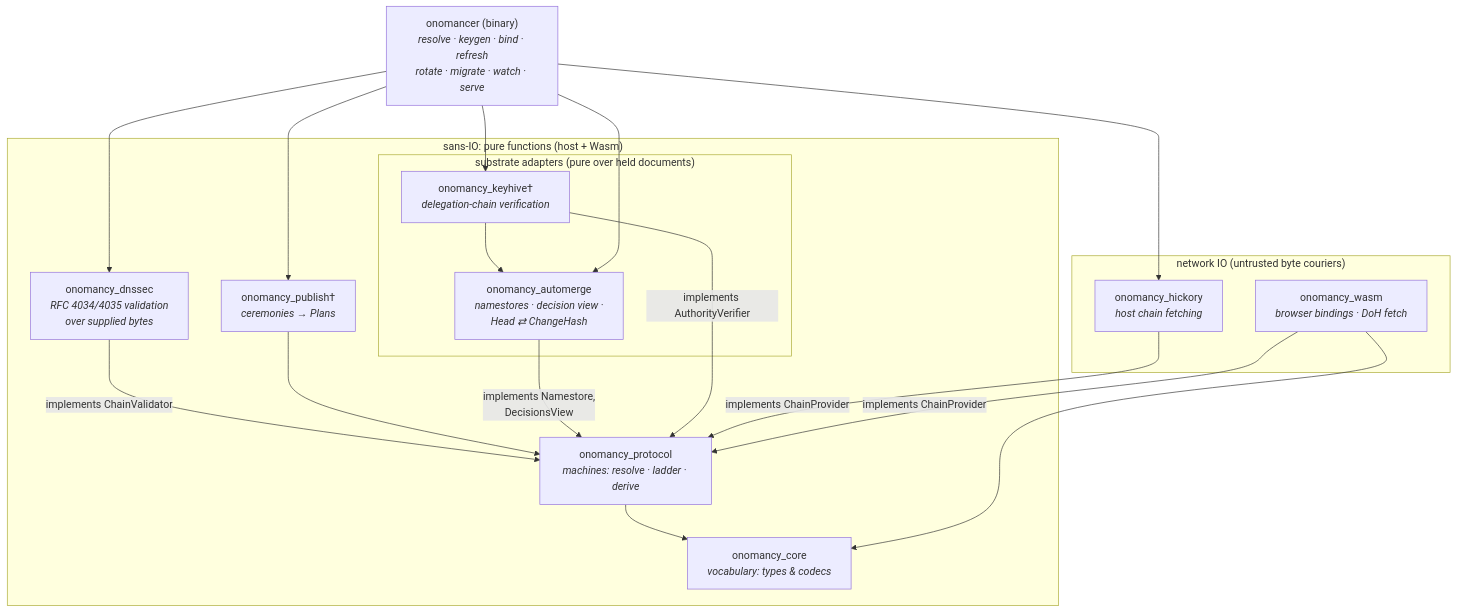
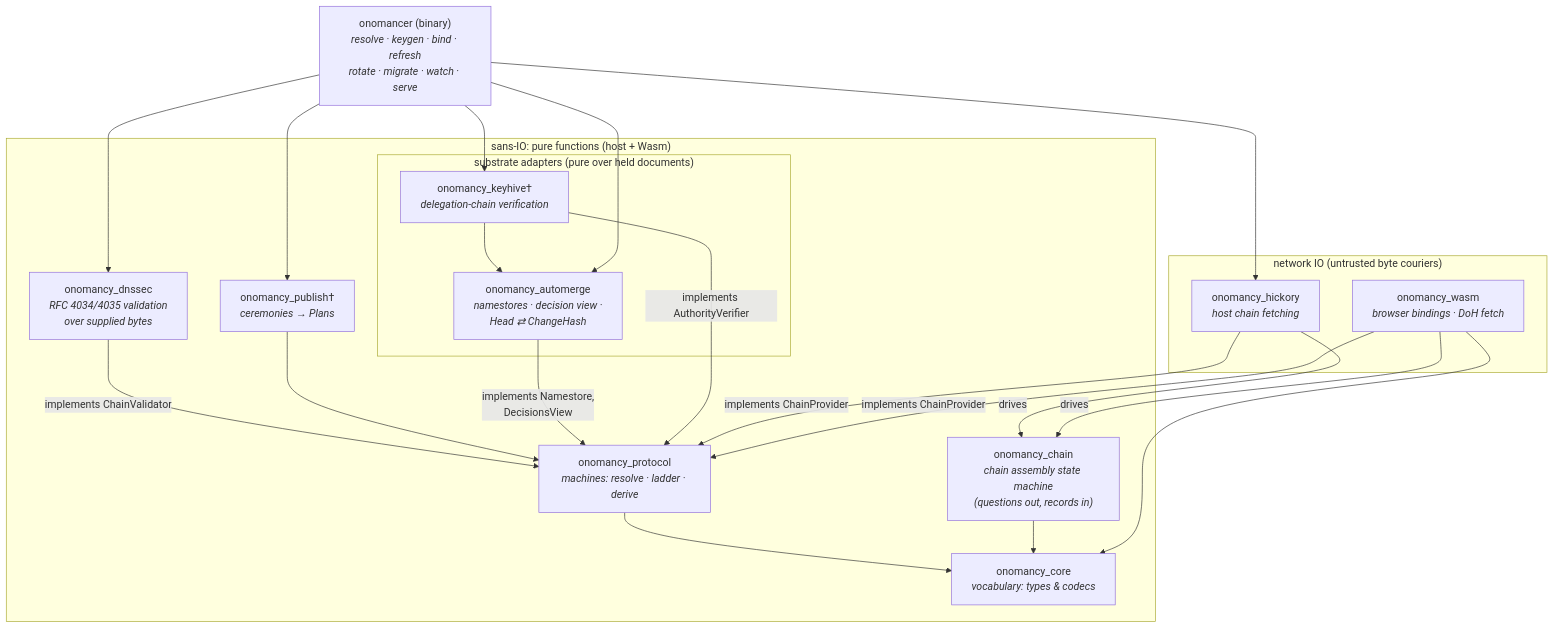
The diagram in README.md (inkandswitch/onomancy), drawn with Mermaid before and after one commit. The commit also changed other lines of this file and 23 other files, not shown here.

First line of the commit message:
Extract sans-IO chain building into onomancy_chain

````diff
--- a/README.md
+++ b/README.md
@@ -42,36 +43,40 @@
 ```mermaid
 graph TD
     subgraph pure ["sans-IO: pure functions (host + Wasm)"]
         core["onomancy_core<br/><i>vocabulary: types & codecs</i>"]
         proto["onomancy_protocol<br/><i>machines: resolve · ladder · derive</i>"]
         dnssec["onomancy_dnssec<br/><i>RFC 4034/4035 validation<br/>over supplied bytes</i>"]
+        assembly["onomancy_chain<br/><i>chain assembly state machine<br/>(questions out, records in)</i>"]
         publish["onomancy_publish†<br/><i>ceremonies → Plans</i>"]
 
         subgraph adapters ["substrate adapters (pure over held documents)"]
             automerge["onomancy_automerge<br/><i>namestores · decision view ·<br/>Head ⇄ ChangeHash</i>"]
             keyhive["onomancy_keyhive†<br/><i>delegation-chain verification</i>"]
         end
     end
 
     subgraph network ["network IO (untrusted byte couriers)"]
         hickory["onomancy_hickory<br/><i>host chain fetching</i>"]
         wasm["onomancy_wasm<br/><i>browser bindings · DoH fetch</i>"]
     end
 
     onomancer["onomancer (binary)<br/><i>resolve · keygen · bind · refresh<br/>rotate · migrate · watch · serve</i>"]
 
     proto --> core
     dnssec -- "implements ChainValidator" --> proto
+    assembly --> core
+    hickory -- "drives" --> assembly
+    wasm -- "drives" --> assembly
     publish --> proto
     automerge -- "implements Namestore,<br/>DecisionsView" --> proto
     keyhive -- "implements AuthorityVerifier" --> proto
     keyhive --> automerge
     hickory -- "implements ChainProvider" --> proto
     wasm --> core
     wasm -- "implements ChainProvider" --> proto
     onomancer --> publish
     onomancer --> dnssec
     onomancer --> hickory
     onomancer --> automerge
     onomancer --> keyhive
 ```
````
